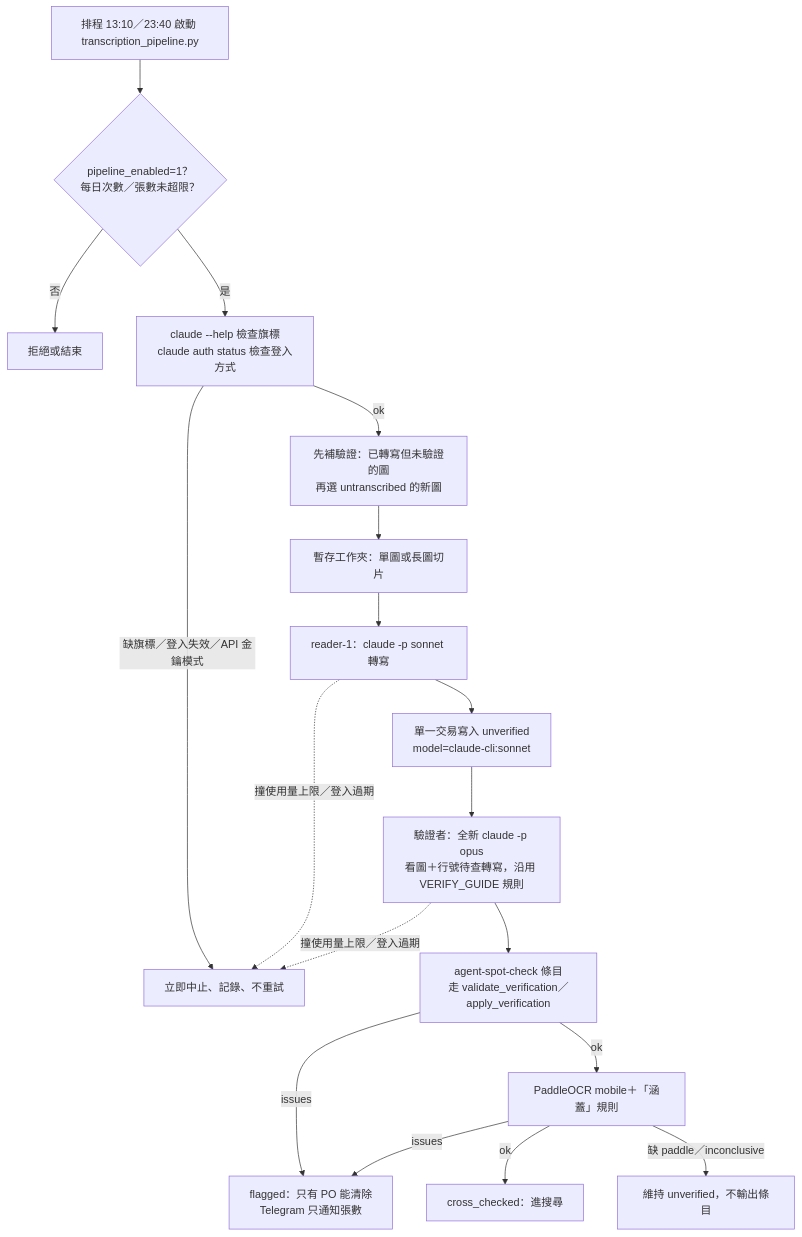
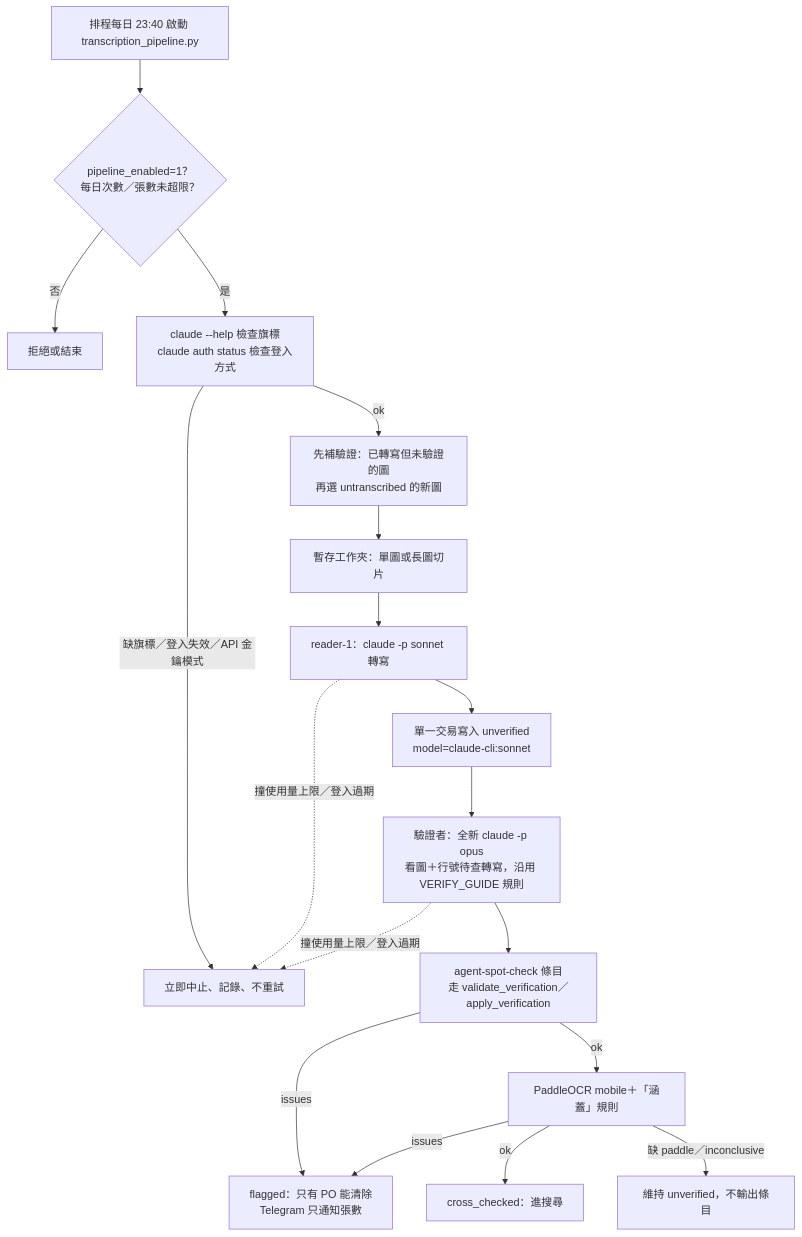
Before and after one commit to standerfly/AlphaVibe: the second of 2 diagrams in specs/010-investanchors-article-import/quickstart.md, drawn with Mermaid. The commit also changed other lines of this file and 5 other files, not shown here.

````diff
--- a/specs/010-investanchors-article-import/quickstart.md
+++ b/specs/010-investanchors-article-import/quickstart.md
@@ -268,19 +268,19 @@
 ```mermaid
 flowchart TD
-  A[排程 13:10／23:40 啟動 transcription_pipeline.py] --> B{pipeline_enabled=1？<br/>每日次數／張數未超限？}
+  A[排程每日 23:40 啟動 transcription_pipeline.py] --> B{pipeline_enabled=1？<br/>每日次數／張數未超限？}
   B -- 否 --> Z[拒絕或結束]
   B -- 是 --> C[claude --help 檢查旗標<br/>claude auth status 檢查登入方式]
   C -- 缺旗標／登入失效／API 金鑰模式 --> X[立即中止、記錄、不重試]
   C -- ok --> D[先補驗證：已轉寫但未驗證的圖<br/>再選 untranscribed 的新圖]
   D --> E[暫存工作夾：單圖或長圖切片]
   E --> F[reader-1：claude -p sonnet 轉寫]
   F --> G[單一交易寫入 unverified<br/>model=claude-cli:sonnet]
   G --> H[驗證者：全新 claude -p opus<br/>看圖＋行號待查轉寫，沿用 VERIFY_GUIDE 規則]
   H --> I[agent-spot-check 條目<br/>走 validate_verification／apply_verification]
   I -- issues --> FL[flagged：只有 PO 能清除<br/>Telegram 只通知張數]
   I -- ok --> J[PaddleOCR mobile＋「涵蓋」規則]
   J -- ok --> CC[cross_checked：進搜尋]
   J -- issues --> FL
   J -- 缺 paddle／inconclusive --> UV[維持 unverified，不輸出條目]
   F & H -. 撞使用量上限／登入過期 .-> X
 ```
````
